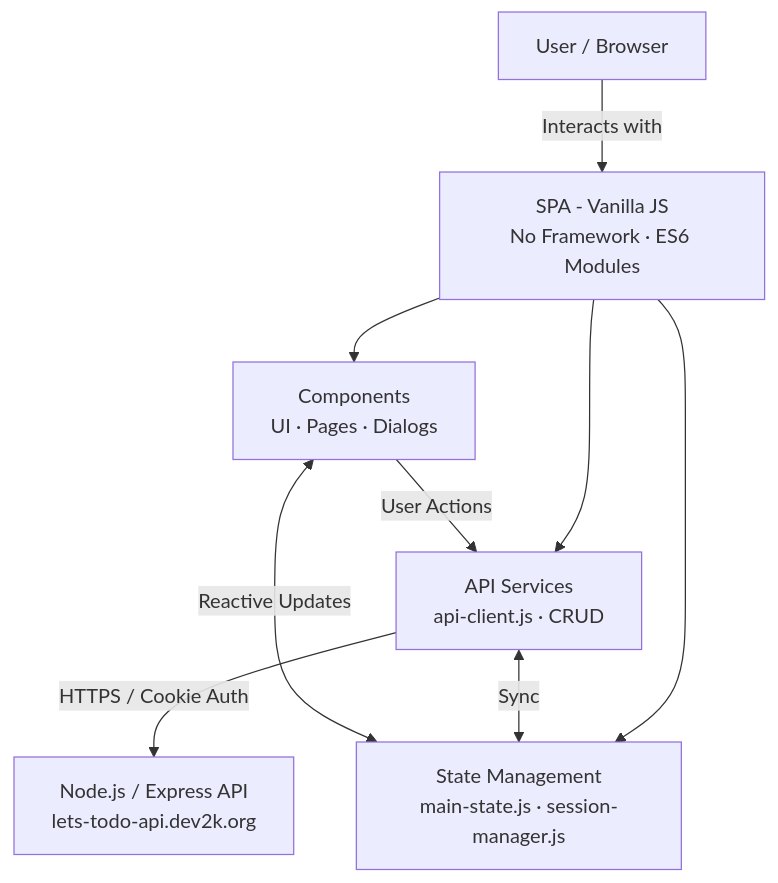
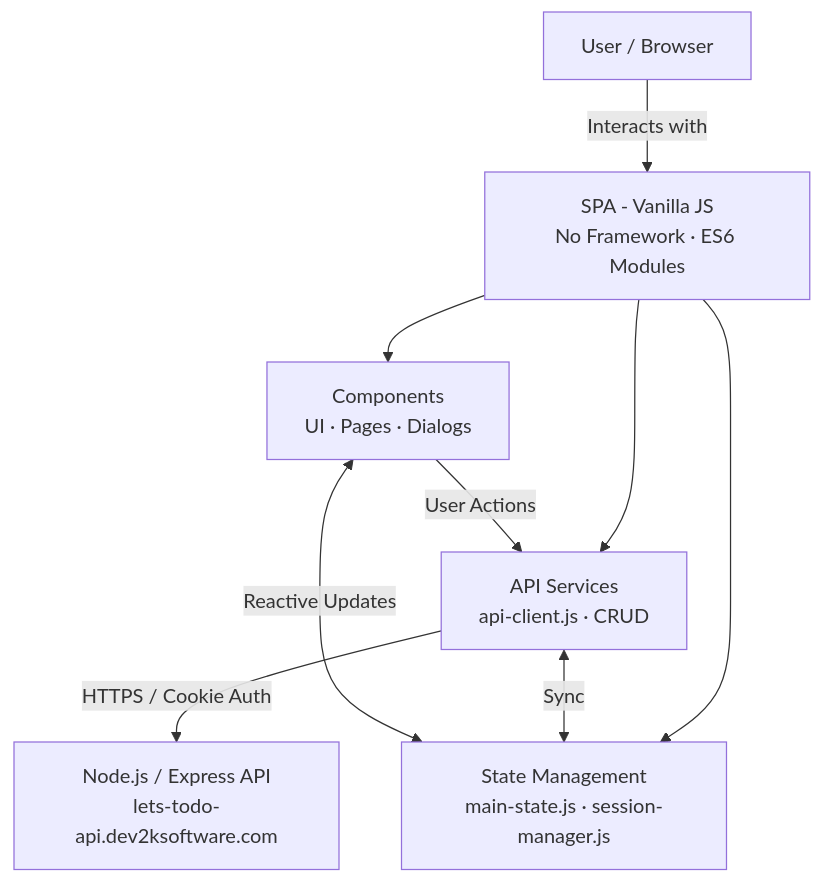
One commit to KosMaster87/Lets-Todo changed the diagram in frontend/README.md. Above: the diagram before and after it, drawn with Mermaid. The commit also changed other lines of this file and 16 other files, not shown here.

Commit message:
chore: migrate all dev2k.org references to dev2ksoftware.com (domains, cookies, CORS, email)

````diff
--- a/frontend/README.md
+++ b/frontend/README.md
@@ -86,11 +86,11 @@
 ```mermaid
 graph TD
     A["User / Browser"] -->|Interacts with| B["SPA - Vanilla JS\nNo Framework · ES6 Modules"]
     B --> C["Components\nUI · Pages · Dialogs"]
     B --> D["State Management\nmain-state.js · session-manager.js"]
     B --> E["API Services\napi-client.js · CRUD"]
     D <-->|Reactive Updates| C
     C -->|User Actions| E
-    E -->|HTTPS / Cookie Auth| F["Node.js / Express API\nlets-todo-api.dev2k.org"]
+    E -->|HTTPS / Cookie Auth| F["Node.js / Express API\nlets-todo-api.dev2ksoftware.com"]
     E <-->|Sync| D
 ```
````
